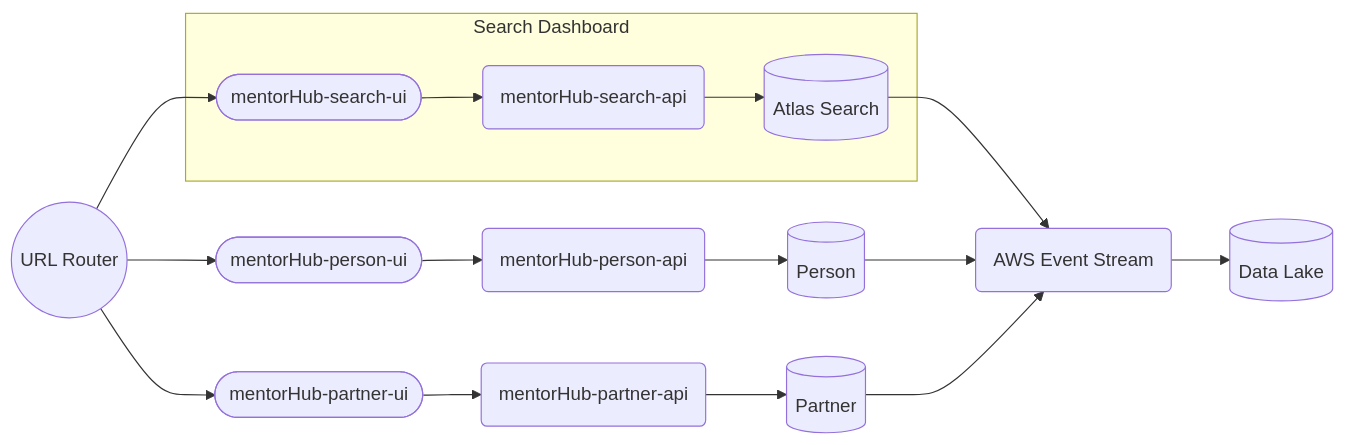
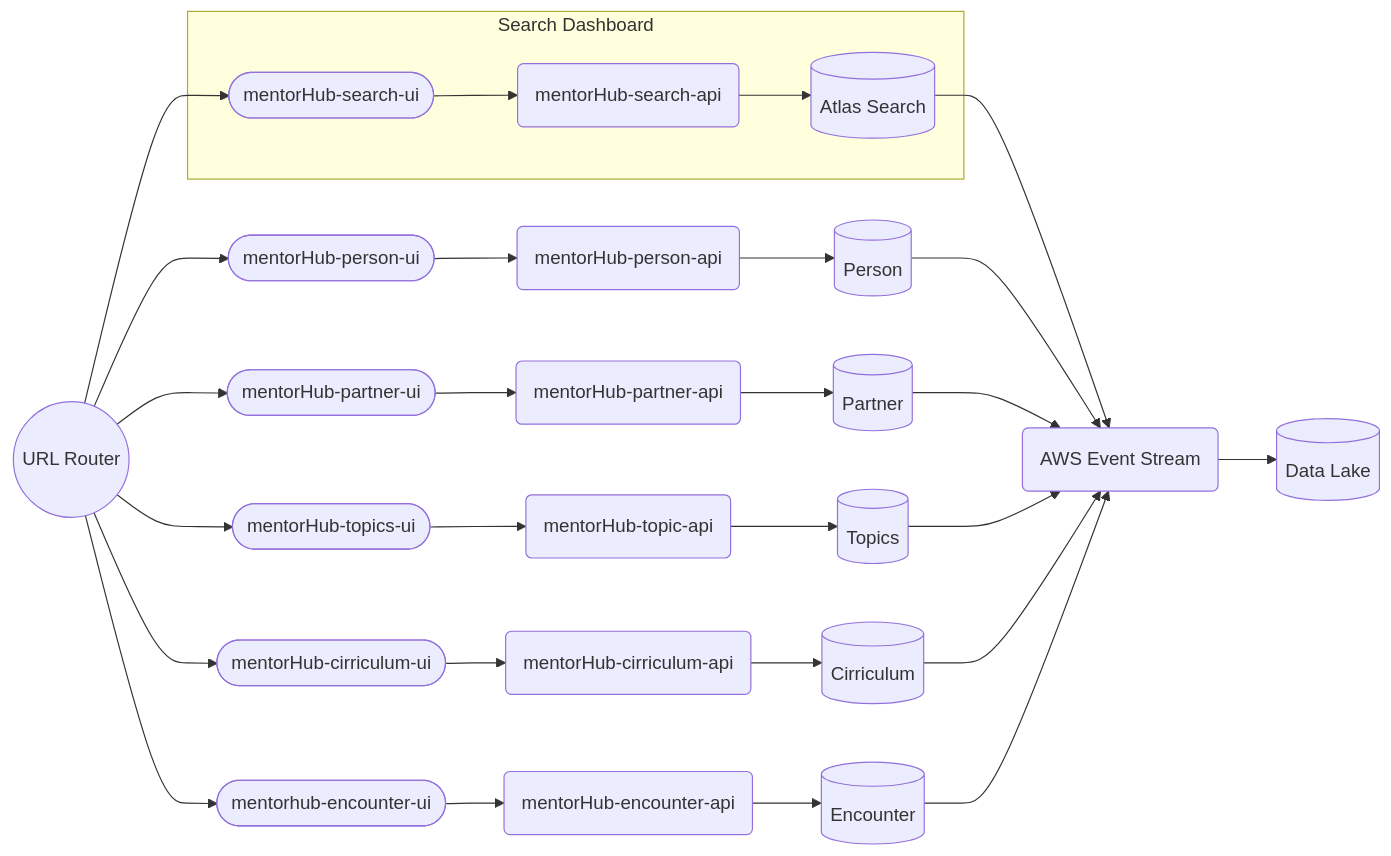
Before and after one commit to agile-learning-institute/mentorHub: the first of 6 diagrams in specifications/ARCHITECTURE.md, drawn with Mermaid.

````diff
--- a/specifications/ARCHITECTURE.md
+++ b/specifications/ARCHITECTURE.md
@@ -19,28 +19,46 @@
 ```mermaid
 flowchart LR
     APIG((URL Router))
     BUS(AWS Event Stream)
     --> DataLake[(Data Lake)]
 
     APIG 
     --> SearchUI([mentorHub-search-ui])
     subgraph Search Dashboard
         SearchUI
         --> SearchAPI(mentorHub-search-api)
         --> SearchDB[(Atlas Search)]
     end
     SearchDB --> BUS
 
     APIG
     --> PersonUI([mentorHub-person-ui])
     --> PersonAPI(mentorHub-person-api)
     --> PersonDB[(Person)]
     --> BUS
 
     APIG
     --> PartnerUI([mentorHub-partner-ui])
     --> PartnerAPI(mentorHub-partner-api)
     --> PartnerDB[(Partner)]
     --> BUS
 
+    APIG    
+    --> TopicsUI([mentorHub-topics-ui])
+    --> TopicsAPI(mentorHub-topic-api)
+    --> TopicsDB[(Topics)]
+    --> BUS
+
+    APIG    
+    --> CirriculumUI([mentorHub-cirriculum-ui])
+    --> CirriculumAPI(mentorHub-cirriculum-api)
+    --> CirriculumDB[(Cirriculum)]
+    --> BUS
+
+    APIG    
+    --> EncounterUI([mentorhub-encounter-ui])
+    --> EncounterAPI(mentorHub-encounter-api)
+    --> EncounterDB[(Encounter)]
+    --> BUS
+
 ```
````
